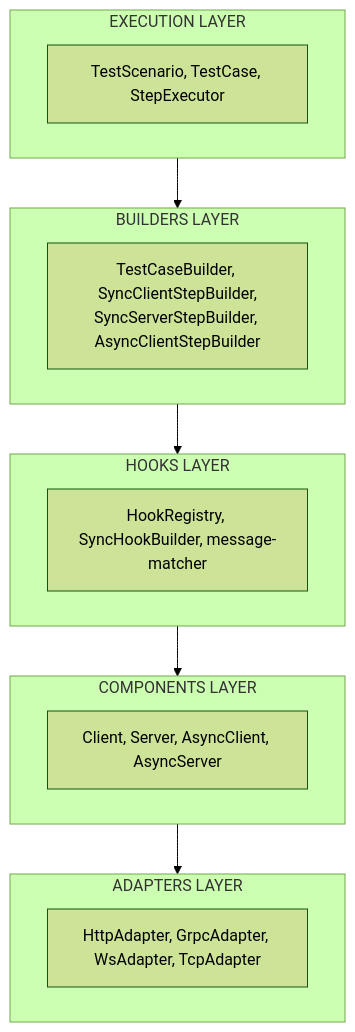
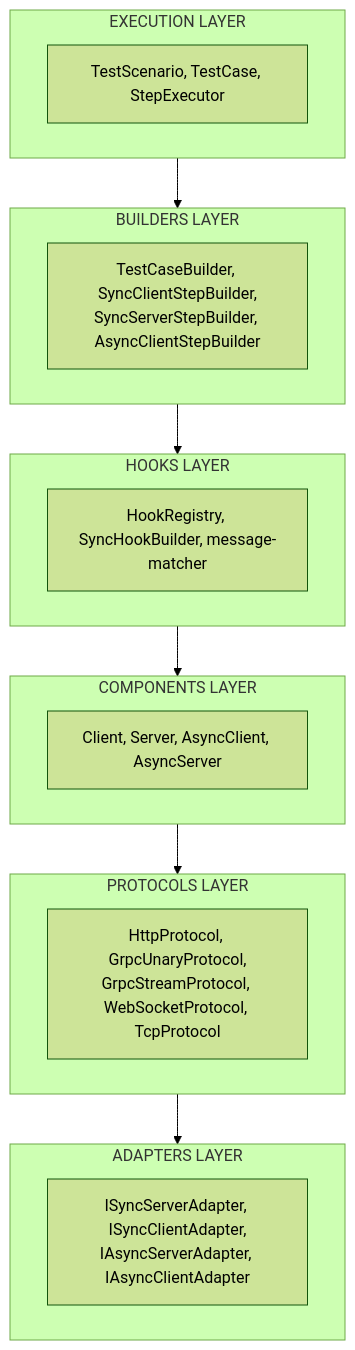
The diagram in README.md (udamir/testurio), drawn with Mermaid (forest theme) before and after one commit. The commit also changed other lines of this file and 42 other files, not shown here.

````diff
--- a/README.md
+++ b/README.md
@@ -269,27 +341,32 @@
 ```mermaid
 graph TB
     subgraph Execution["EXECUTION LAYER"]
         E[TestScenario, TestCase, StepExecutor]
     end
 
     subgraph Builders["BUILDERS LAYER"]
         B[TestCaseBuilder, SyncClientStepBuilder,<br/>SyncServerStepBuilder, AsyncClientStepBuilder]
     end
 
     subgraph Hooks["HOOKS LAYER"]
         H[HookRegistry, SyncHookBuilder, message-matcher]
     end
 
     subgraph Components["COMPONENTS LAYER"]
         C[Client, Server, AsyncClient, AsyncServer]
     end
 
+    subgraph Protocols["PROTOCOLS LAYER"]
+        P[HttpProtocol, GrpcUnaryProtocol,<br/>GrpcStreamProtocol, WebSocketProtocol, TcpProtocol]
+    end
+
     subgraph Adapters["ADAPTERS LAYER"]
-        A[HttpAdapter, GrpcAdapter, WsAdapter, TcpAdapter]
+        A[ISyncServerAdapter, ISyncClientAdapter,<br/>IAsyncServerAdapter, IAsyncClientAdapter]
     end
 
     Execution --> Builders
     Builders --> Hooks
     Hooks --> Components
-    Components --> Adapters
+    Components --> Protocols
+    Protocols --> Adapters
 ```
````
